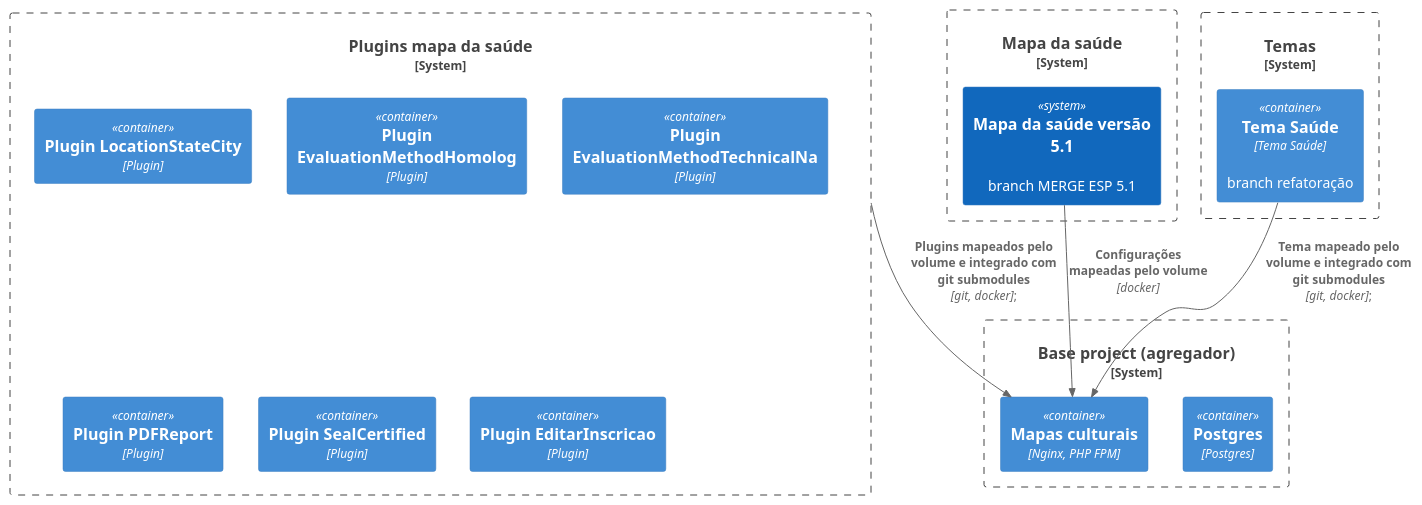
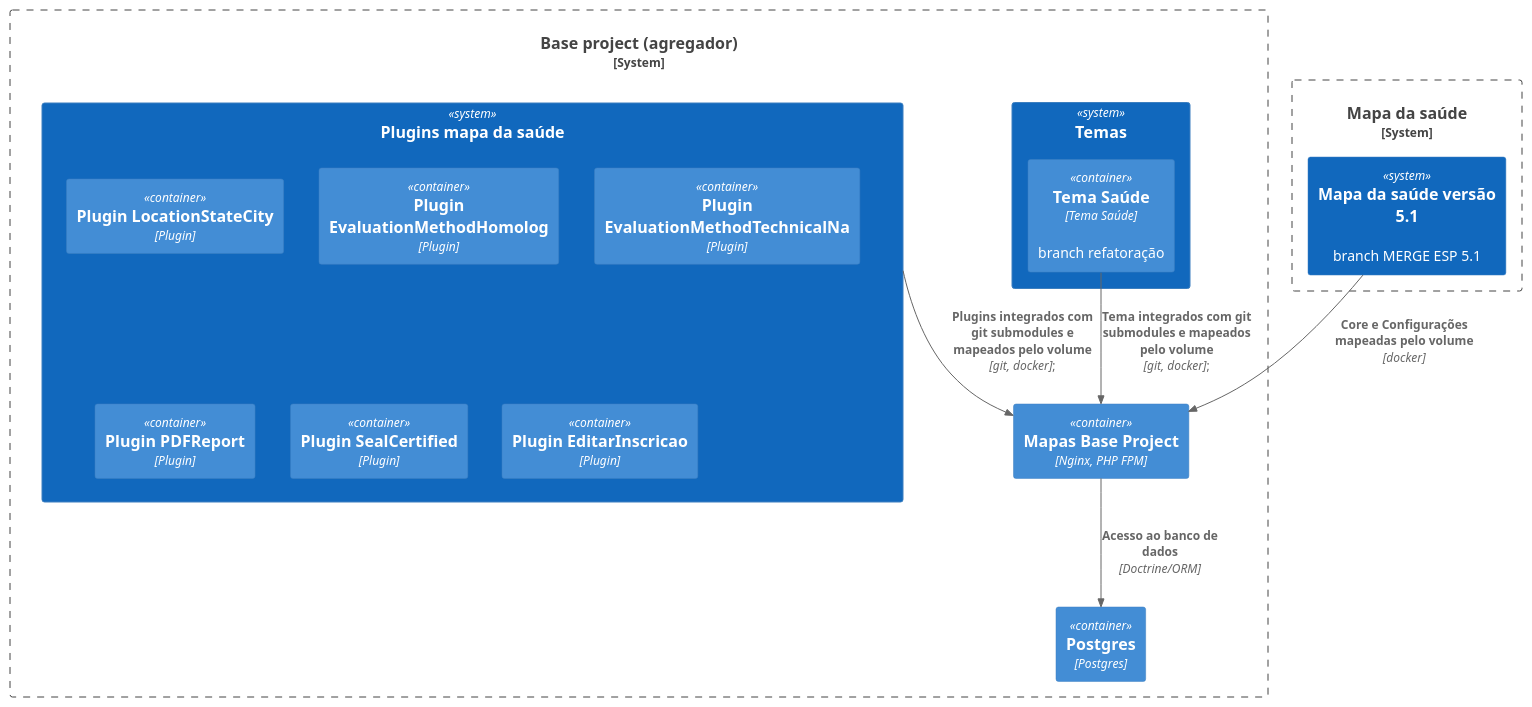
One commit to EscolaDeSaudePublica/mapadasaude-arquitetura changed the diagram in atual.plantuml. Above: the diagram before and after it, drawn with PlantUML. The commit also changed 1 other file, not shown here.

```diff
--- a/atual.plantuml
+++ b/atual.plantuml
@@ -1,30 +1,34 @@
 @startuml Atual
 !include https://raw.githubusercontent.com/plantuml-stdlib/C4-PlantUML/master/C4_Container.puml
 
 System_Boundary(agregador, "Base project (agregador)") {
     Container(postgres, "Postgres", "Postgres")
-    Container(mapasculturais, "Mapas culturais", "Nginx, PHP FPM")
+    Container(baseproject, "Mapas Base Project", "Nginx, PHP FPM")
+
+
+    System(plugins, "Plugins mapa da saúde") {
+        Container(pluginLocationStateCity, "Plugin LocationStateCity", "Plugin")
+        Container(pluginEvaluationMethodHomolog, "Plugin EvaluationMethodHomolog", "Plugin")
+        Container(pluginEvaluationMethodTechnicalNa, "Plugin EvaluationMethodTechnicalNa", "Plugin")
+        Container(pluginPDFReport, "Plugin PDFReport", "Plugin")
+        Container(SealCertified, "Plugin SealCertified", "Plugin")
+        Container(EditarInscricao, "Plugin EditarInscricao", "Plugin")
+    }
+
+    System(temas, "Temas") {
+        Container(temasaude, "Tema Saúde", "Tema Saúde", "branch refatoração")
+    }
 }
 
 System_Boundary(mapadasaude, "Mapa da saúde") {
     System(mapadasaudev51, "Mapa da saúde versão 5.1", "branch MERGE ESP 5.1")
 }
-System_Boundary(temas, "Temas") {
-    Container(temasaude, "Tema Saúde", "Tema Saúde", "branch refatoração")
-}
-
-System_Boundary(plugins, "Plugins mapa da saúde") {
-    Container(pluginLocationStateCity, "Plugin LocationStateCity", "Plugin")
-    Container(pluginEvaluationMethodHomolog, "Plugin EvaluationMethodHomolog", "Plugin")
-    Container(pluginEvaluationMethodTechnicalNa, "Plugin EvaluationMethodTechnicalNa", "Plugin")
-    Container(pluginPDFReport, "Plugin PDFReport", "Plugin")
-    Container(SealCertified, "Plugin SealCertified", "Plugin")
-    Container(EditarInscricao, "Plugin EditarInscricao", "Plugin")
-}
 
 
-Rel(plugins, mapasculturais, "Plugins mapeados pelo volume e integrado com git submodules", "git, docker");
-Rel(temasaude, mapasculturais, "Tema mapeado pelo volume e integrado com git submodules", "git, docker");
-Rel(mapadasaudev51, mapasculturais, "Configurações mapeadas pelo volume", "docker")
+
+Rel(plugins, baseproject, "Plugins integrados com git submodules e mapeados pelo volume", "git, docker");
+Rel(temasaude, baseproject, "Tema integrados com git submodules e mapeados pelo volume", "git, docker");
+Rel(mapadasaudev51, baseproject, "Core e Configurações mapeadas pelo volume", "docker")
+Rel(baseproject, postgres, "Acesso ao banco de dados", "Doctrine/ORM")
 
 @enduml
```
